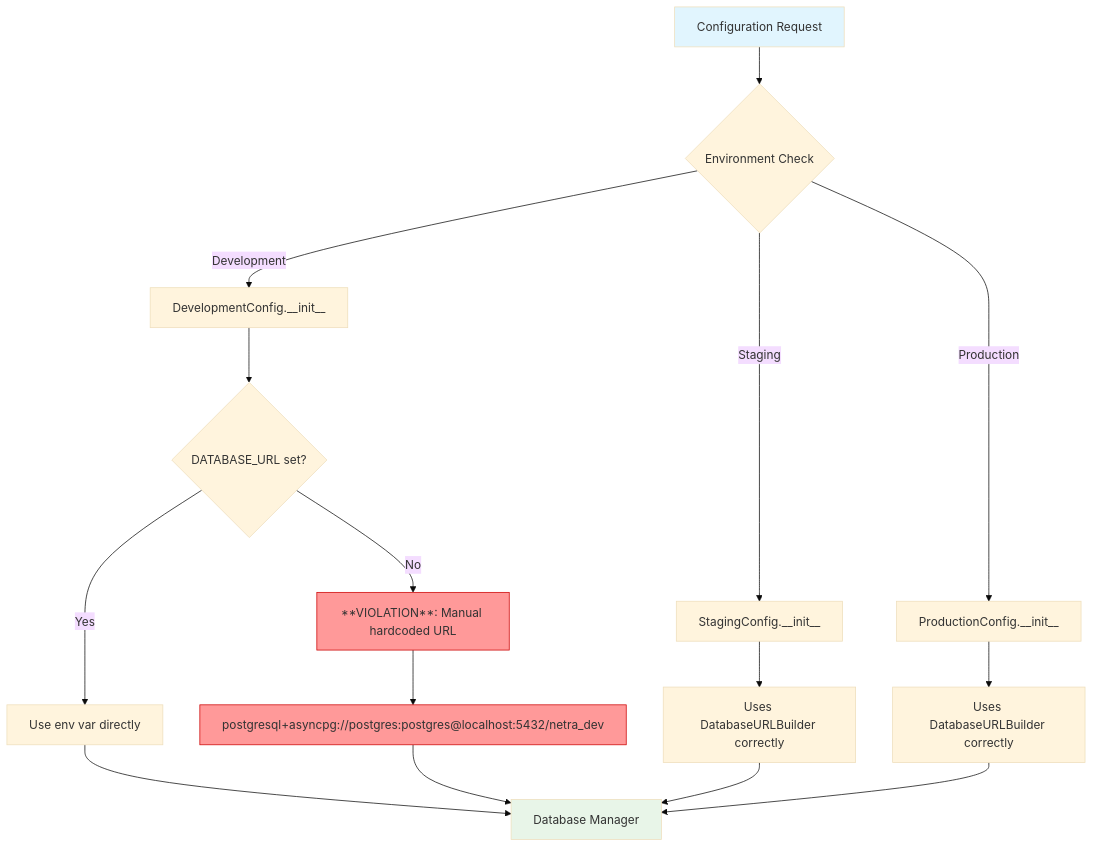
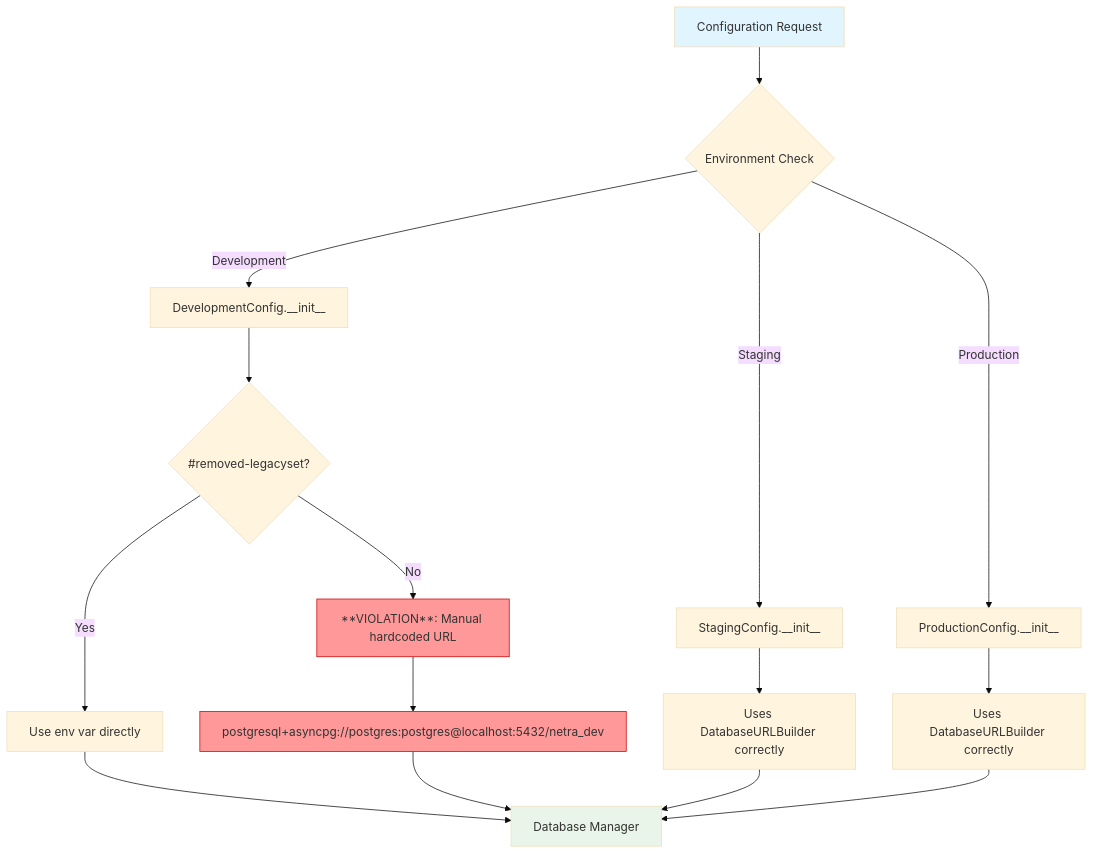
Before and after one commit to netra-systems/zen: the first of 2 diagrams in reports/bug-fixes/database_regression_five_whys_analysis.md, drawn with Mermaid (base theme). The commit also changed 13 other files, not shown here.

````diff
--- a/reports/bug-fixes/database_regression_five_whys_analysis.md
+++ b/reports/bug-fixes/database_regression_five_whys_analysis.md
@@ -43,25 +43,25 @@
 ```mermaid
 graph TD
     A[Configuration Request] --> B{Environment Check}
     B -->|Development| C[DevelopmentConfig.__init__]
     B -->|Staging| D[StagingConfig.__init__]
     B -->|Production| E[ProductionConfig.__init__]
     
-    C --> F{DATABASE_URL set?}
+    C --> F{#removed-legacyset?}
     F -->|Yes| G[Use env var directly]
     F -->|No| H[**VIOLATION**: Manual hardcoded URL]
     H --> I["postgresql+asyncpg://postgres:postgres@localhost:5432/netra_dev"]
     
     D --> J[Uses DatabaseURLBuilder correctly]
     E --> K[Uses DatabaseURLBuilder correctly]
     
     G --> L[Database Manager]
     I --> L
     J --> L
     K --> L
     
     style H fill:#ff9999,stroke:#cc0000
     style I fill:#ff9999,stroke:#cc0000
     style A fill:#e1f5fe
     style L fill:#e8f5e8
 ```
````
